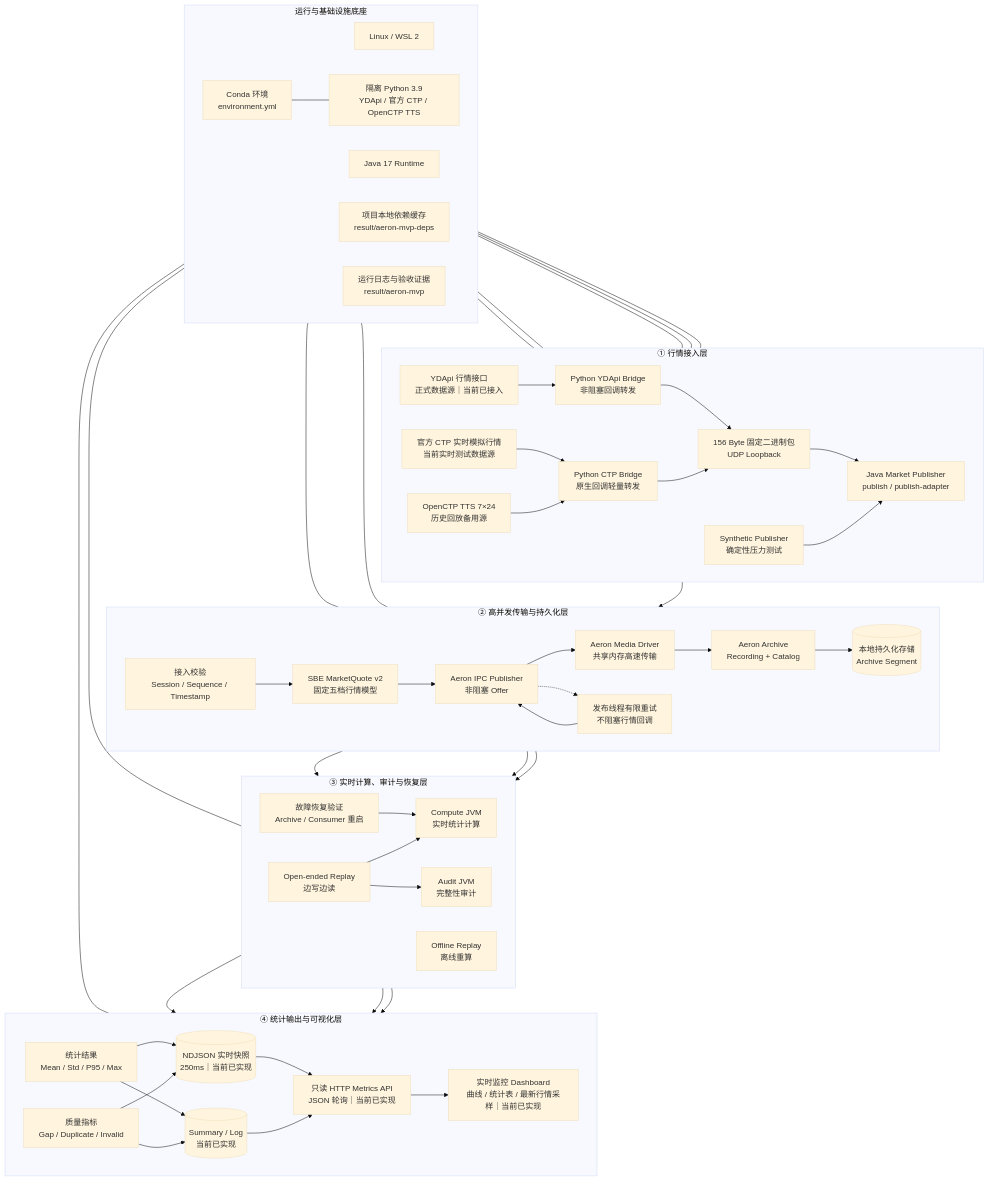
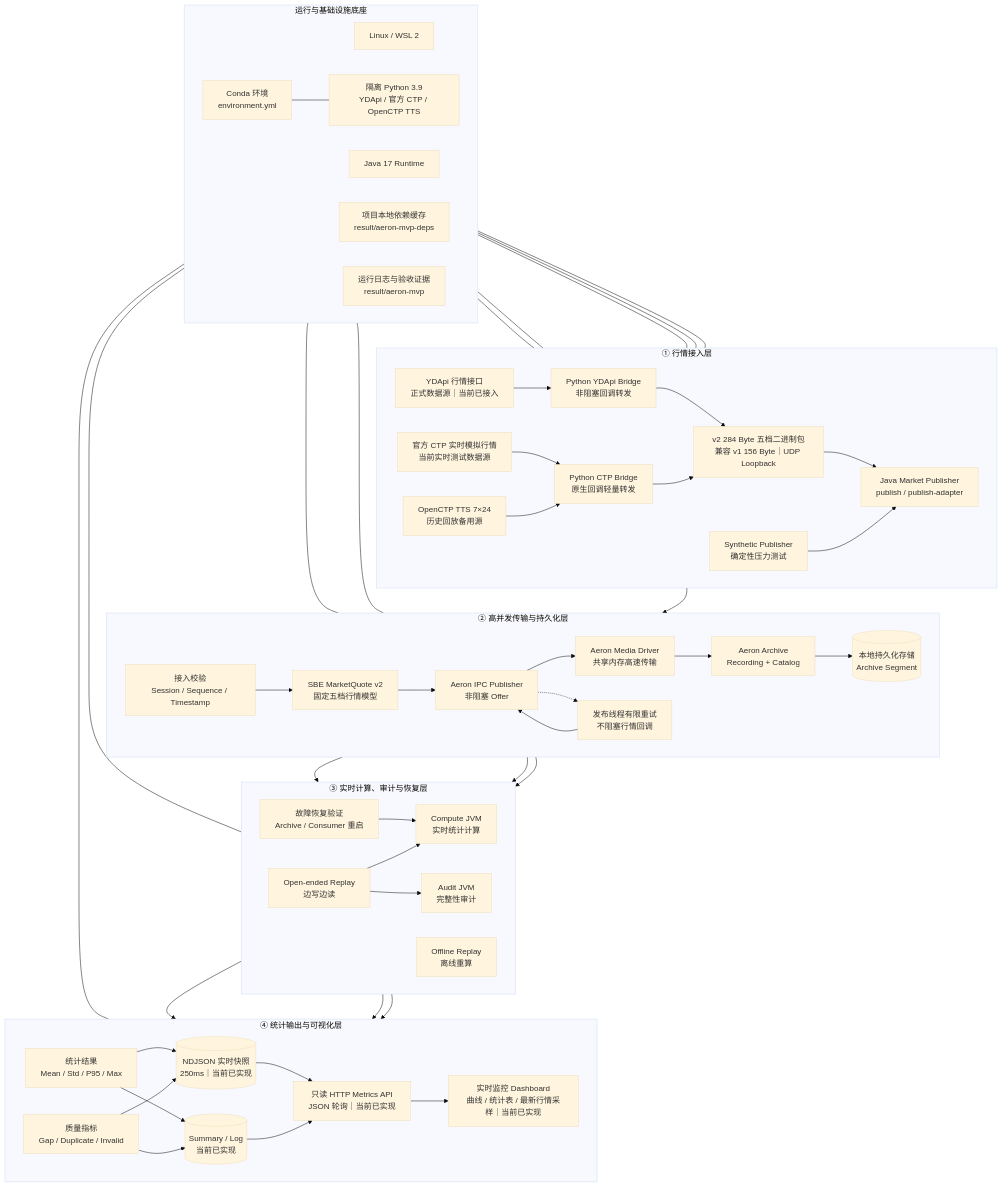
Before and after one commit to 031asa/high-concurrency: the diagram in docs/high-concurrency-architecture.md, drawn with Mermaid (base theme). The commit also changed 24 other files, not shown here.

```diff
--- a/docs/high-concurrency-architecture.md
+++ b/docs/high-concurrency-architecture.md
@@ -10,7 +10,7 @@
         SIM["Synthetic Publisher<br/>确定性压力测试"]
         YDA["Python YDApi Bridge<br/>非阻塞回调转发"]
         CTB["Python CTP Bridge<br/>原生回调轻量转发"]
-        UDP["156 Byte 固定二进制包<br/>UDP Loopback"]
+        UDP["v2 284 Byte 五档二进制包<br/>兼容 v1 156 Byte｜UDP Loopback"]
         JP["Java Market Publisher<br/>publish / publish-adapter"]
 
         YD --> YDA --> UDP
```
